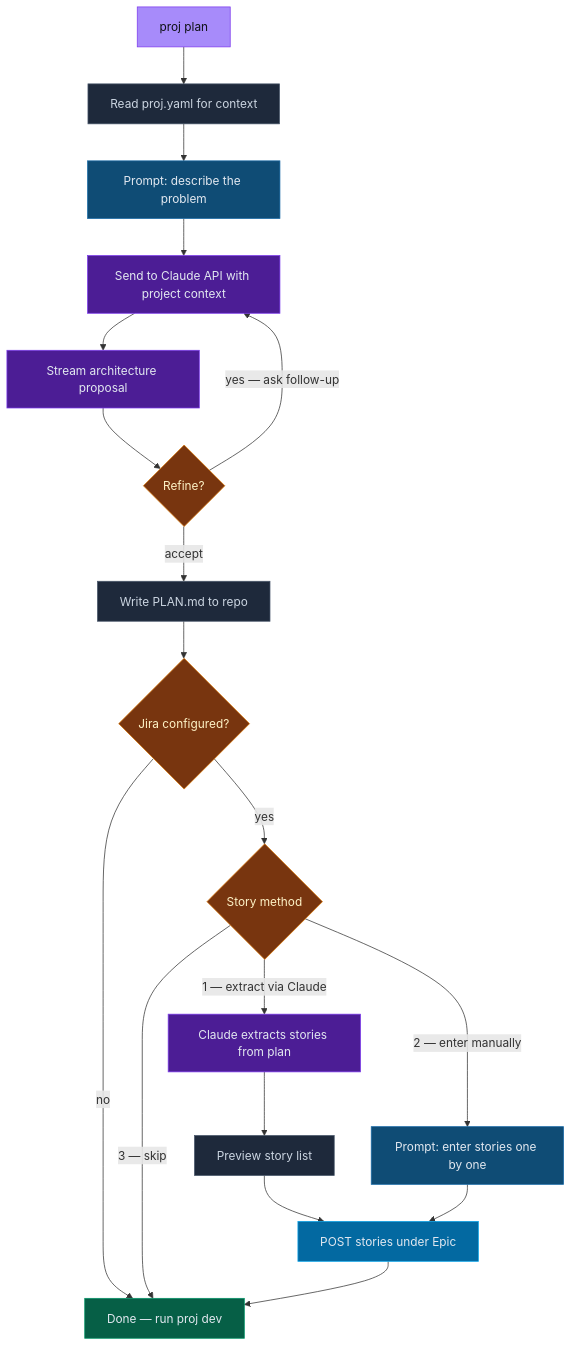
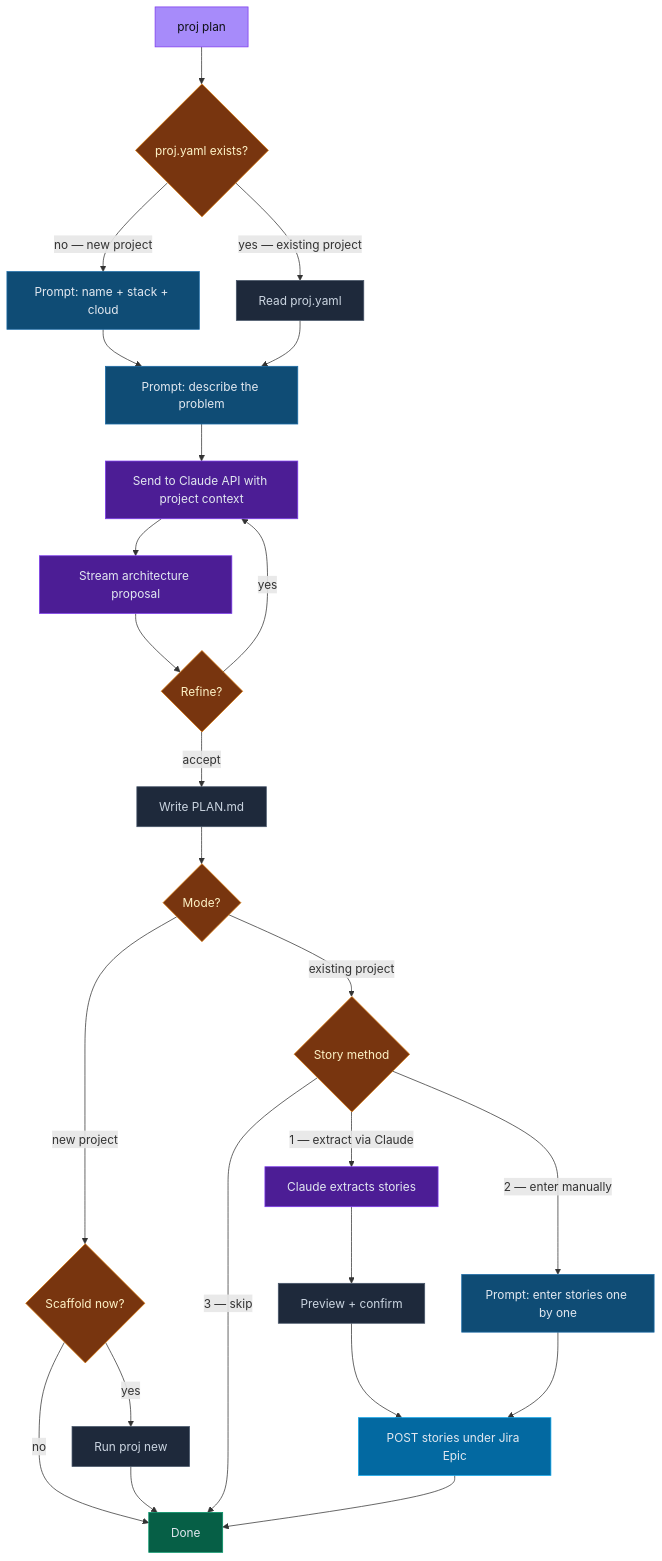
One commit to erosrage/Athena changed the third of 7 diagrams in README.md. Above: the diagram before and after it, drawn with Mermaid. The commit also changed other lines of this file and 4 other files, not shown here.

First line of the commit message:
feat: proj plan runs pre-scaffold + add proj help command

````diff
--- a/README.md
+++ b/README.md
@@ -76,28 +77,34 @@
 ```mermaid
 flowchart TD
     A["proj plan"]:::entry
-    A --> B["Read proj.yaml for context"]:::action
-    B --> C["Prompt: describe the problem"]:::prompt
-    C --> D["Send to Claude API with project context"]:::llm
-    D --> E["Stream architecture proposal"]:::llm
-    E --> F{"Refine?"}:::decision
-    F -->|"yes — ask follow-up"| D
-    F -->|"accept"| G["Write PLAN.md to repo"]:::action
-    G --> JC{"Jira configured?"}:::decision
-    JC -->|"no"| Z["Done — run proj dev"]:::done
-    JC -->|"yes"| SM{"Story method"}:::decision
-    SM -->|"1 — extract via Claude"| H["Claude extracts stories from plan"]:::llm
-    SM -->|"2 — enter manually"| M["Prompt: enter stories one by one"]:::prompt
+    A --> M{"proj.yaml exists?"}:::decision
+    M -->|"no — new project"| NP1["Prompt: name + stack + cloud"]:::prompt
+    M -->|"yes — existing project"| EP1["Read proj.yaml"]:::action
+    NP1 --> P["Prompt: describe the problem"]:::prompt
+    EP1 --> P
+    P --> L["Send to Claude API with project context"]:::llm
+    L --> R["Stream architecture proposal"]:::llm
+    R --> F{"Refine?"}:::decision
+    F -->|"yes"| L
+    F -->|"accept"| G["Write PLAN.md"]:::action
+    G --> MX{"Mode?"}:::decision
+    MX -->|"new project"| SC{"Scaffold now?"}:::decision
+    SC -->|"yes"| SN["Run proj new"]:::action
+    SC -->|"no"| Z["Done"]:::done
+    SN --> Z
+    MX -->|"existing project"| SM{"Story method"}:::decision
+    SM -->|"1 — extract via Claude"| H["Claude extracts stories"]:::llm
+    SM -->|"2 — enter manually"| MN["Prompt: enter stories one by one"]:::prompt
     SM -->|"3 — skip"| Z
-    H --> I["Preview story list"]:::action
-    I --> K["POST stories under Epic"]:::jira
-    M --> K
+    H --> I["Preview + confirm"]:::action
+    I --> K["POST stories under Jira Epic"]:::jira
+    MN --> K
     K --> Z
     classDef entry fill:#a78bfa,stroke:#7c3aed,color:#0f1117
     classDef prompt fill:#0f4c75,stroke:#1b6ca8,color:#e2e8f0
     classDef action fill:#1e293b,stroke:#475569,color:#cbd5e1
     classDef decision fill:#78350f,stroke:#d97706,color:#fef3c7
     classDef llm fill:#4c1d95,stroke:#7c3aed,color:#e2e8f0
     classDef jira fill:#0369a1,stroke:#0ea5e9,color:#e2e8f0
     classDef done fill:#065f46,stroke:#059669,color:#e2e8f0
 ```
````
